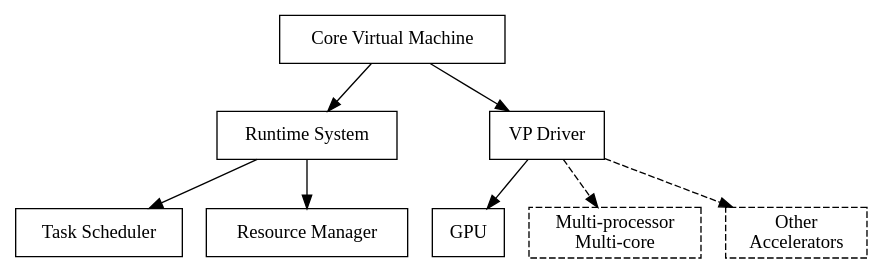
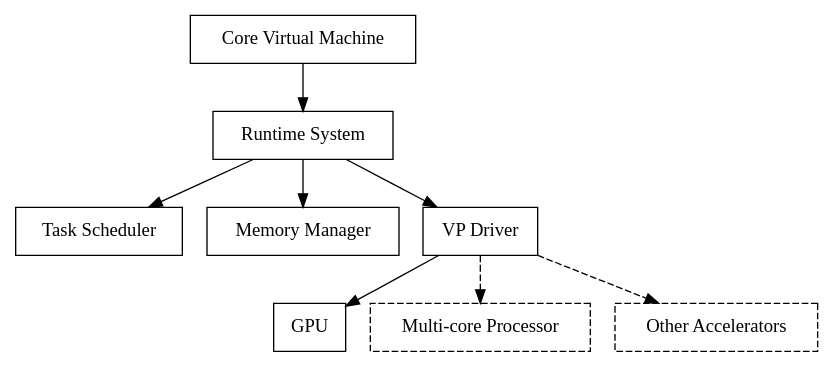
Before and after one commit to pysuxing/master-thesis: the diagram in figures/backend.dot, drawn with Graphviz. The commit also changed 3 other files, not shown here.

```diff
--- a/figures/backend.dot
+++ b/figures/backend.dot
@@ -1,19 +1,19 @@
 digraph G {
         node[shape=box];
         vm[label="Core Virtual Machine"];
         rt[label="Runtime System"];
         scheduler[label="Task Scheduler"];
-        rm[label="Resource Manager"];
+        rm[label="Memory Manager"];
         driver[label="VP Driver"];
         gpu[label="GPU"];
-        cpu[label="Multi-processor\nMulti-core", style=dashed];
-        others[label="Other\nAccelerators", style=dashed];
+        cpu[label="Multi-core Processor", style=dashed];
+        others[label="Other Accelerators", style=dashed];
 
         vm -> rt;
-        vm -> driver;
         rt -> scheduler;
         rt -> rm;
+        rt -> driver;
         driver -> gpu;
         driver -> cpu[style=dashed];
         driver -> others[style=dashed];
 }
```
